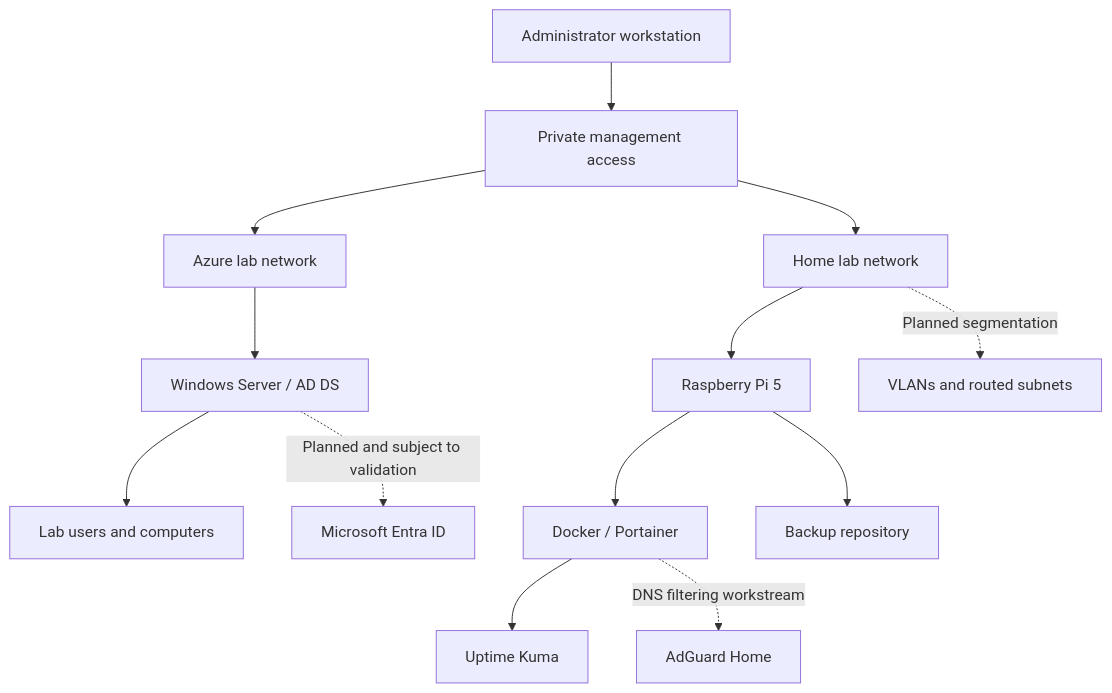
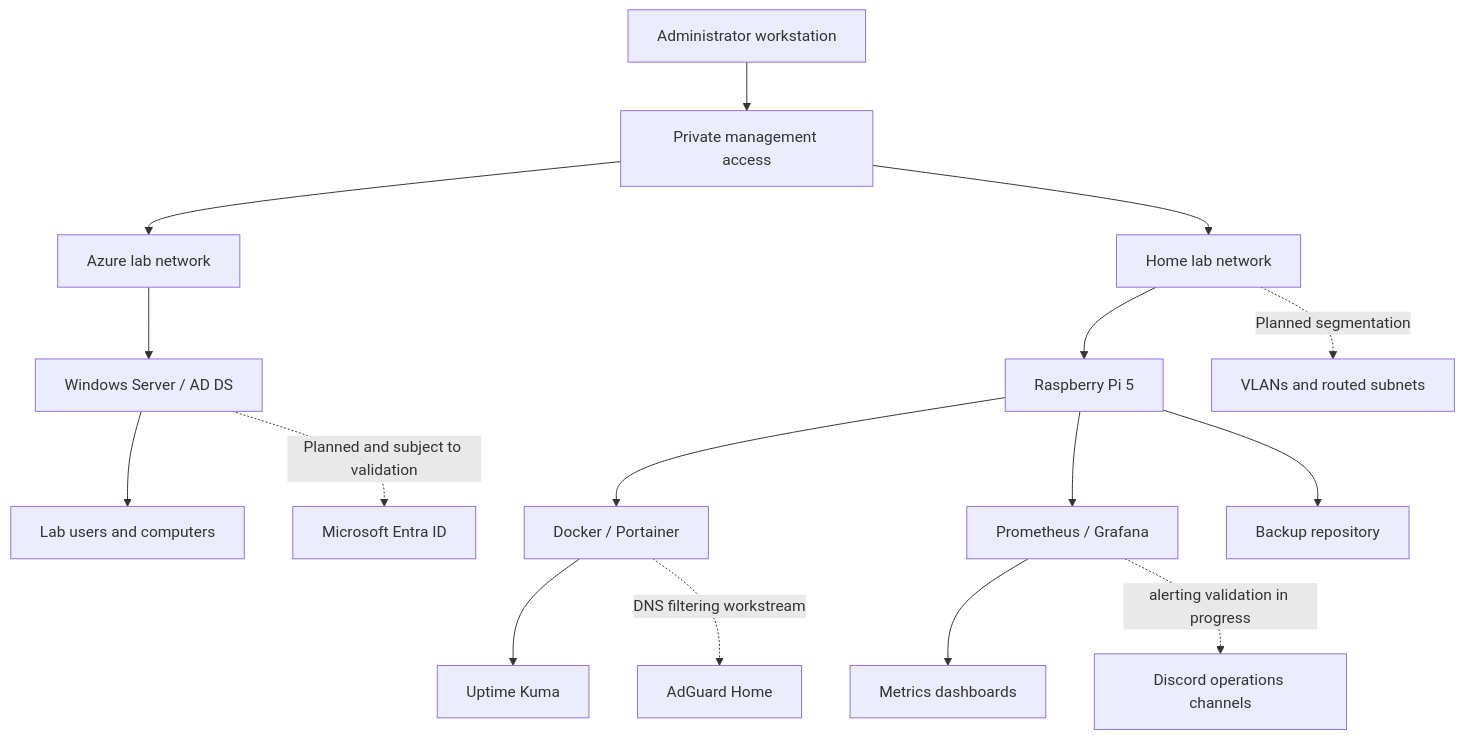
Before and after one commit to localhostjohn/astra-infrastructure-lab: the diagram in README.md, drawn with Mermaid. The commit also changed other lines of this file, not shown here.

Commit message:
docs: record monitoring and Discord automation progress

````diff
--- a/README.md
+++ b/README.md
@@ -42,15 +45,18 @@
 ```mermaid
 flowchart TB
     A[Administrator workstation] --> B[Private management access]
     B --> C[Azure lab network]
     B --> D[Home lab network]
     C --> E[Windows Server / AD DS]
     E --> F[Lab users and computers]
     D --> G[Raspberry Pi 5]
     G --> H[Docker / Portainer]
     H --> I[Uptime Kuma]
+    G --> N[Prometheus / Grafana]
+    N --> O[Metrics dashboards]
+    N -. alerting validation in progress .-> P[Discord operations channels]
     H -. DNS filtering workstream .-> J[AdGuard Home]
     G --> K[Backup repository]
     E -. Planned and subject to validation .-> L[Microsoft Entra ID]
     D -. Planned segmentation .-> M[VLANs and routed subnets]
 ```
````
